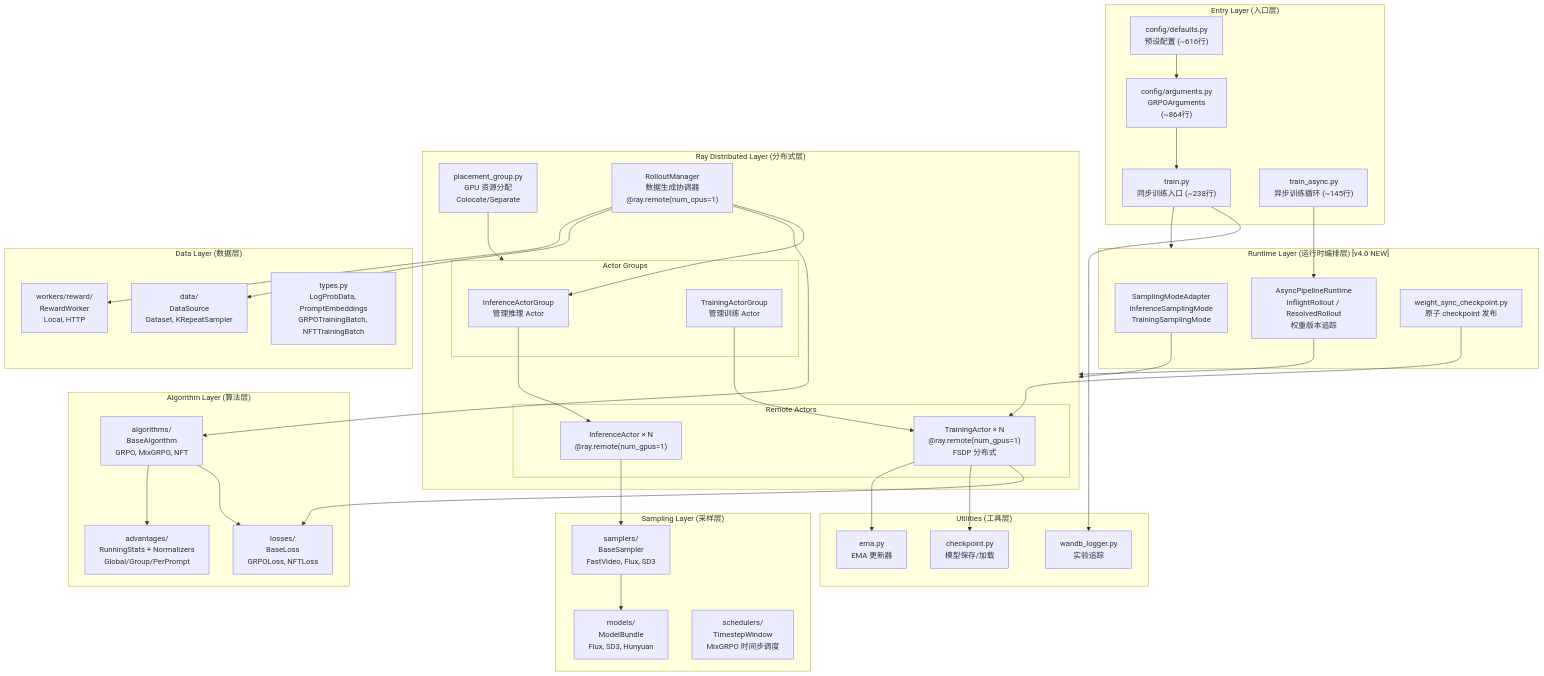
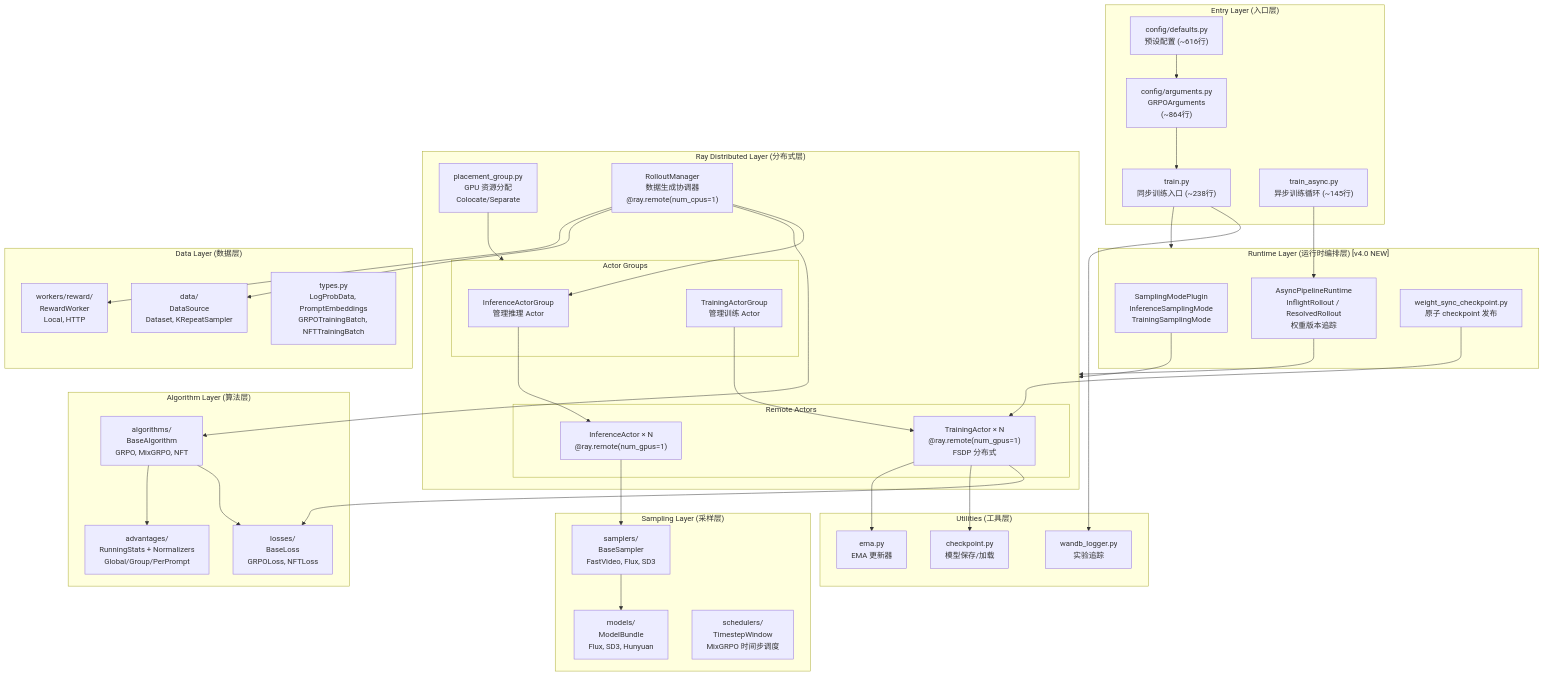
One commit to celve/unirl changed diagram 12 of 27 in docs/Diffusion_RL_Design_Analysis.md. Above: the diagram before and after it, drawn with Mermaid. The commit also changed other lines of this file and 14 other files, not shown here.

```diff
--- a/docs/Diffusion_RL_Design_Analysis.md
+++ b/docs/Diffusion_RL_Design_Analysis.md
@@ -1821,7 +1821,7 @@
     end
 
     subgraph RuntimeLayer["Runtime Layer (运行时编排层) [v4.0 NEW]"]
-        SMA["SamplingModeAdapter<br/>InferenceSamplingMode<br/>TrainingSamplingMode"]
+        SMA["SamplingModePlugin<br/>InferenceSamplingMode<br/>TrainingSamplingMode"]
         APR["AsyncPipelineRuntime<br/>InflightRollout / ResolvedRollout<br/>权重版本追踪"]
         WSC["weight_sync_checkpoint.py<br/>原子 checkpoint 发布"]
     end
```
